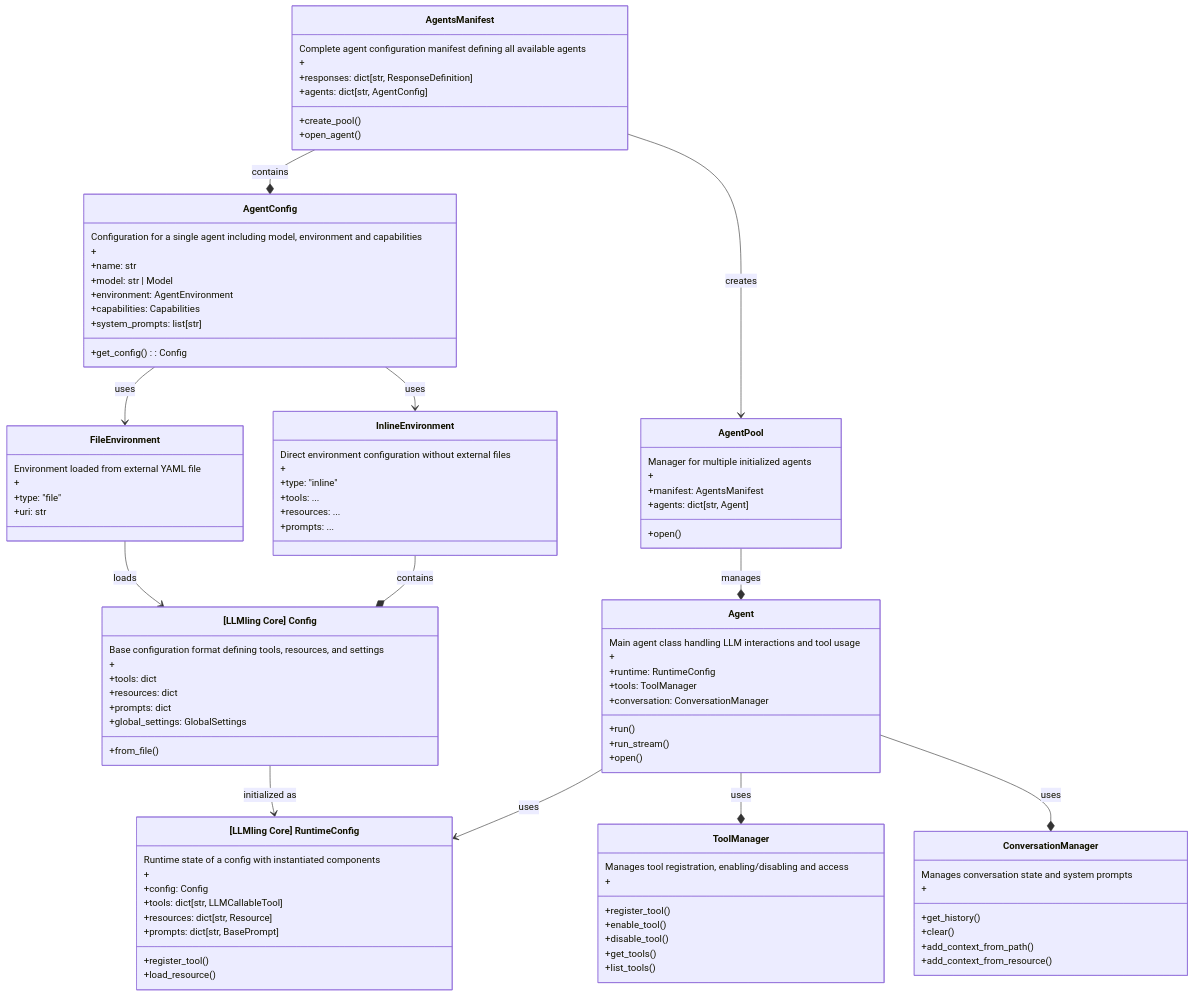
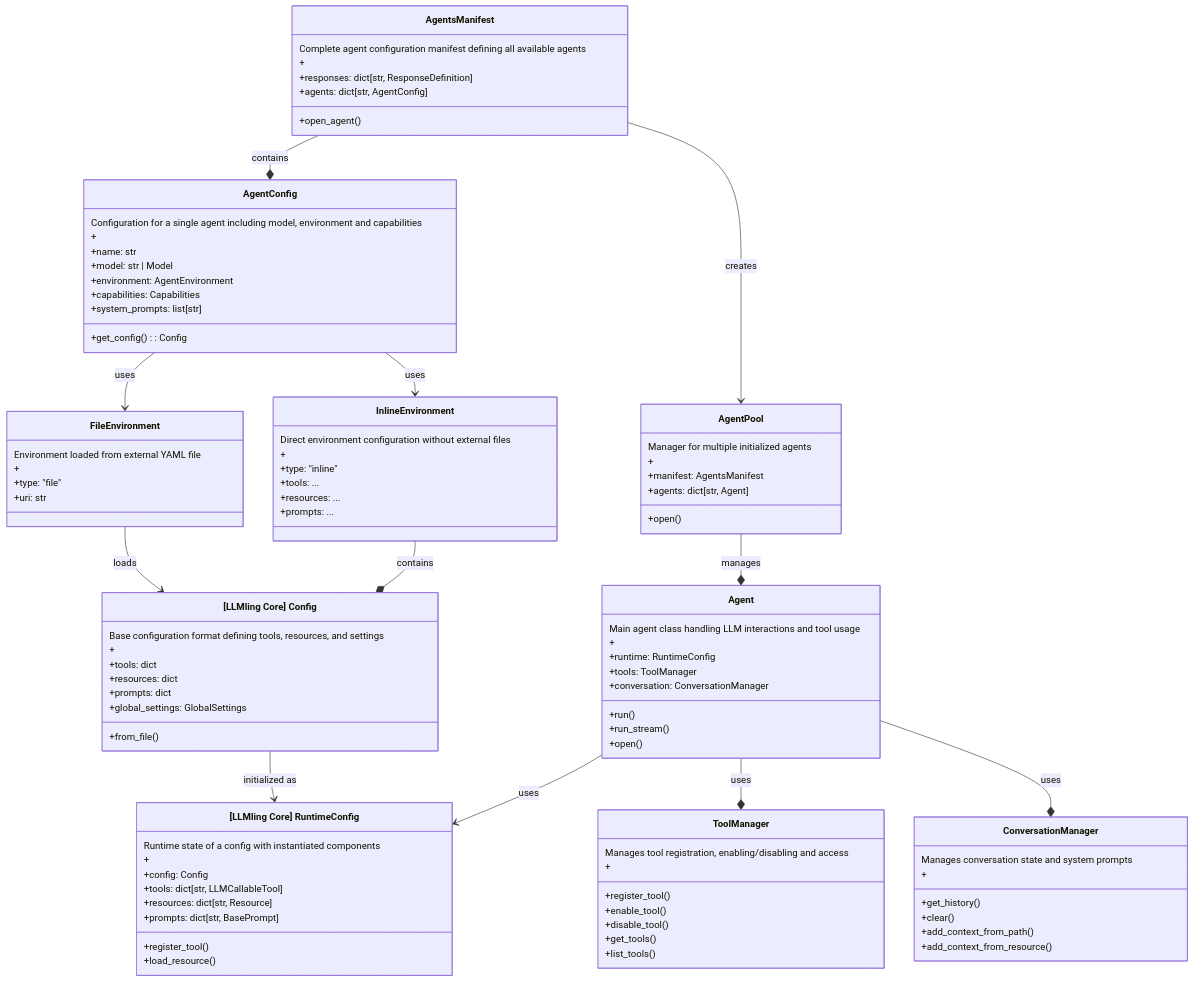
The diagram in README.md (uk0/llmling-agent), drawn with Mermaid before and after one commit. The commit also changed 1 other file, not shown here.

```diff
--- a/README.md
+++ b/README.md
@@ -378,7 +378,6 @@
         +
         +responses: dict[str, ResponseDefinition]
         +agents: dict[str, AgentConfig]
-        +create_pool()
         +open_agent()
     }
 
```
